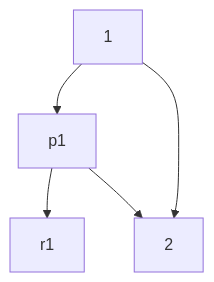
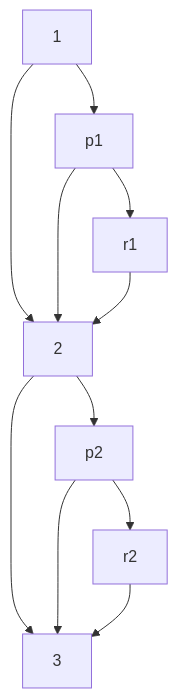
One commit to bfeitknecht/vault changed the diagram in vault/sem2/AuW/UE/cx/bf/cx07-bf.md. Above: the diagram before and after it, drawn with Mermaid.

Commit message:
vault backup: 2024-05-03 16:19:58 from MacBook Pro (echo)
Affected files:
vault/sem2/AuW/UE/cx/bf/cx07-bf.md

````diff
--- a/vault/sem2/AuW/UE/cx/bf/cx07-bf.md
+++ b/vault/sem2/AuW/UE/cx/bf/cx07-bf.md
@@ -9,8 +9,14 @@
 ```mermaid
 graph TD;
-1 --> p1;
-1 --> 2;
-p1 --> r1;
+
+1 --> p1
+1 --> 2
+p1 --> r1
 p1 --> 2
-
+r1 --> 2
+2 --> 3
+2 --> p2
+p2 --> 3
+p2 --> r2
+r2 --> 3
 ```
````
